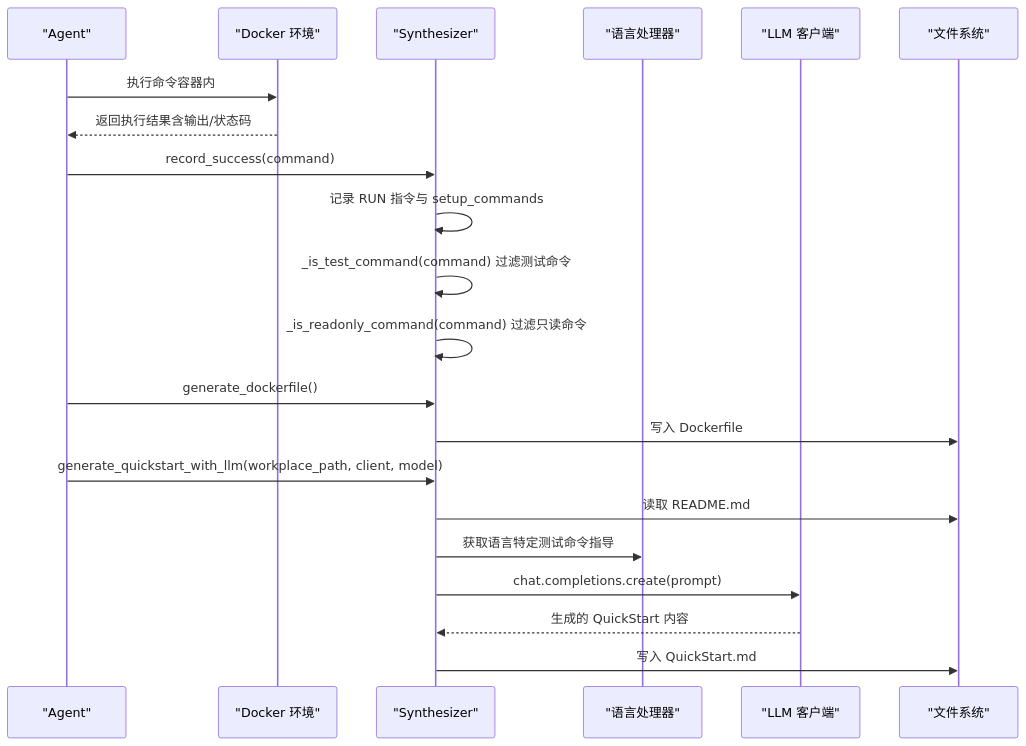
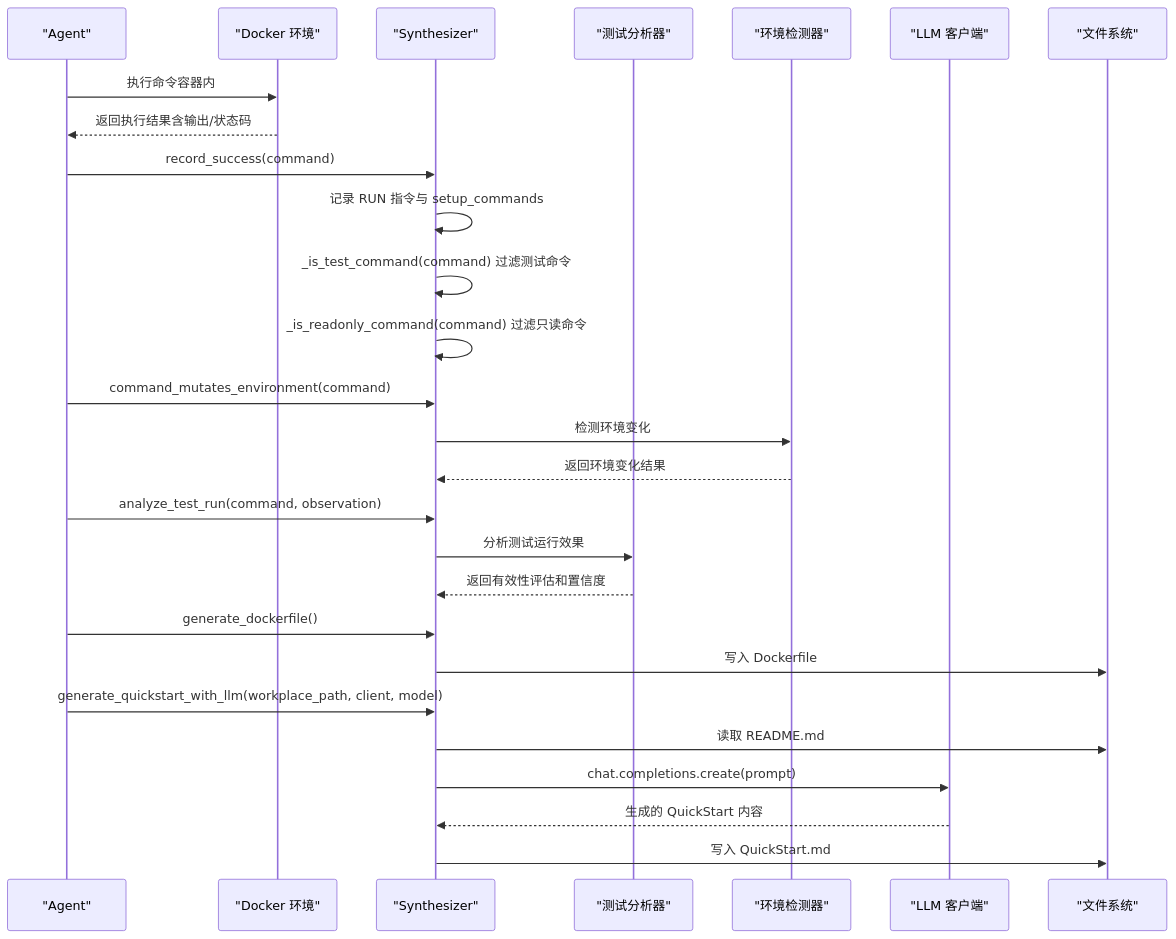
One commit to Jayint/Jayint-repo changed the second of 12 diagrams in .qoder/repowiki/zh/content/核心组件/Synthesizer 模块/Synthesizer 模块.md. Above: the diagram before and after it, drawn with Mermaid. The commit also changed other lines of this file and 497 other files, not shown here.

````diff
--- a/.qoder/repowiki/zh/content/核心组件/Synthesizer 模块/Synthesizer 模块.md
+++ b/.qoder/repowiki/zh/content/核心组件/Synthesizer 模块/Synthesizer 模块.md
@@ -109,23 +110,29 @@
 ```mermaid
 sequenceDiagram
 participant Agent as "Agent"
 participant Docker as "Docker 环境"
 participant Synth as "Synthesizer"
-participant LangHandler as "语言处理器"
+participant TestAnalyzer as "测试分析器"
+participant EnvDetector as "环境检测器"
 participant LLM as "LLM 客户端"
 participant FS as "文件系统"
 Agent->>Docker : 执行命令容器内
 Docker-->>Agent : 返回执行结果含输出/状态码
 Agent->>Synth : record_success(command)
 Synth->>Synth : 记录 RUN 指令与 setup_commands
 Synth->>Synth : _is_test_command(command) 过滤测试命令
 Synth->>Synth : _is_readonly_command(command) 过滤只读命令
+Agent->>Synth : command_mutates_environment(command)
+Synth->>EnvDetector : 检测环境变化
+EnvDetector-->>Synth : 返回环境变化结果
+Agent->>Synth : analyze_test_run(command, observation)
+Synth->>TestAnalyzer : 分析测试运行效果
+TestAnalyzer-->>Synth : 返回有效性评估和置信度
 Agent->>Synth : generate_dockerfile()
 Synth->>FS : 写入 Dockerfile
 Agent->>Synth : generate_quickstart_with_llm(workplace_path, client, model)
 Synth->>FS : 读取 README.md
-Synth->>LangHandler : 获取语言特定测试命令指导
 Synth->>LLM : chat.completions.create(prompt)
 LLM-->>Synth : 生成的 QuickStart 内容
 Synth->>FS : 写入 QuickStart.md
 ```
````
